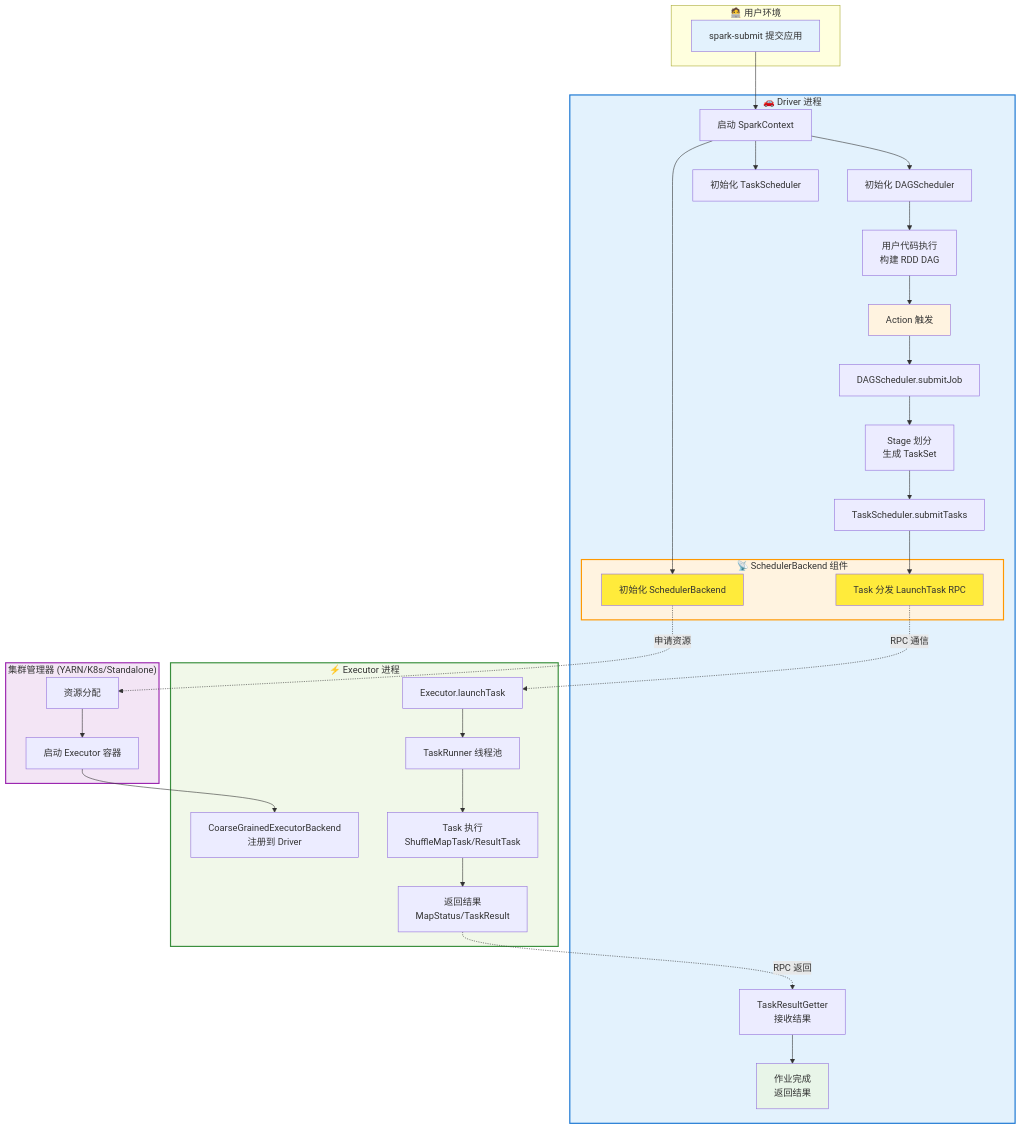
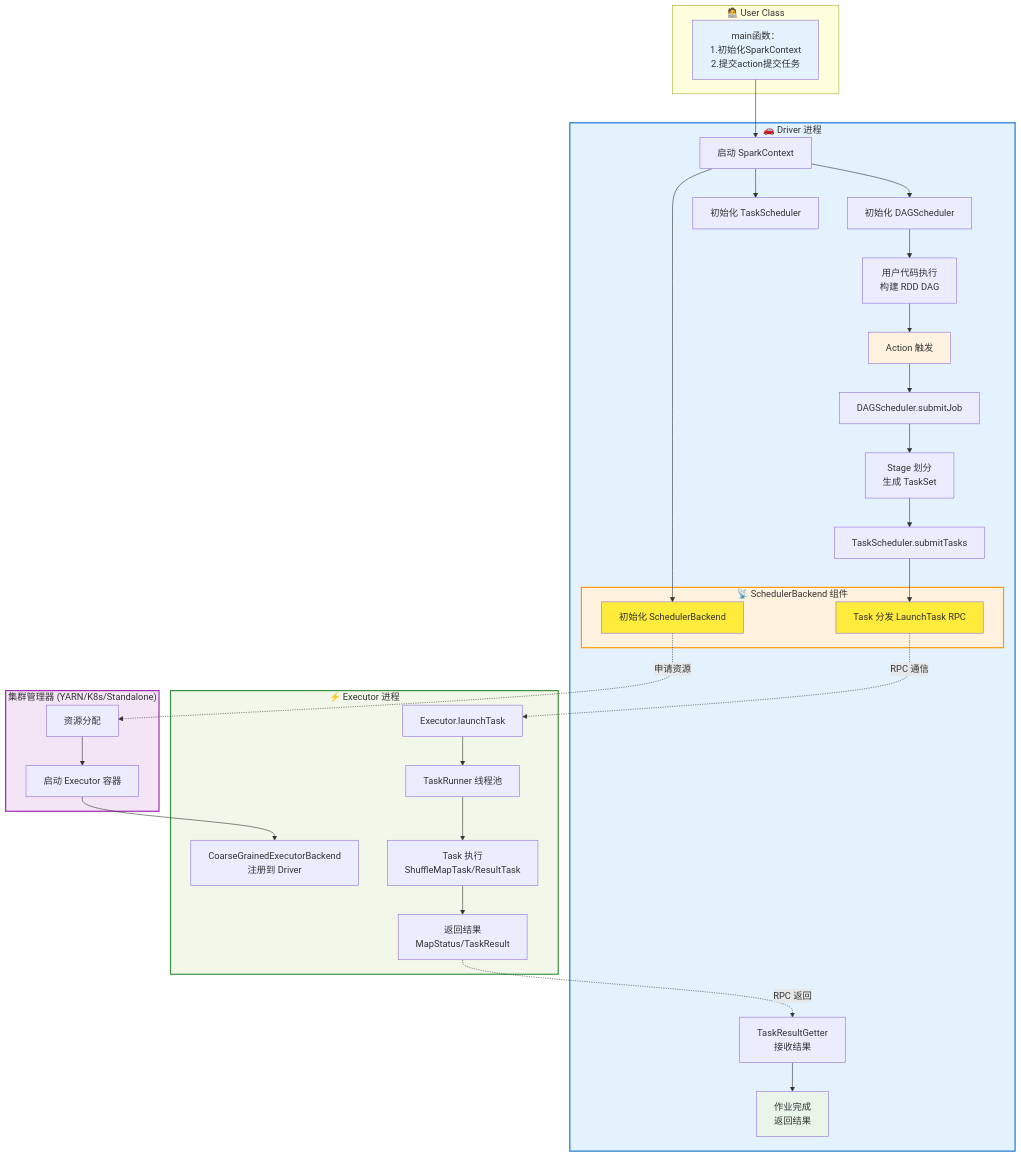
The first of 5 diagrams in spark/spark3.3.1/job_execution.md (juntaozhang/juntaozhang.github.io), drawn with Mermaid before and after one commit. The commit also changed other lines of this file and 5 other files, not shown here.

````diff
--- a/spark/spark3.3.1/job_execution.md
+++ b/spark/spark3.3.1/job_execution.md
@@ -4,75 +4,75 @@
 ```mermaid
   graph TD
-    subgraph User["🧑‍💻 用户环境"]
-        A[spark-submit 提交应用]
+    subgraph User["🧑‍💻 User Class"]
+        A[main函数： <br/>1.初始化SparkContext<br/>2.提交action提交任务]
     end
 
     subgraph Driver["🚗 Driver 进程"]
         B[启动 SparkContext]
         B --> C[初始化 DAGScheduler]
         B --> D[初始化 TaskScheduler]
 
         subgraph SchedulerBackendSG["📡 SchedulerBackend 组件"]
             E[初始化 SchedulerBackend]
             K[Task 分发 LaunchTask RPC]
         end
 
         B --> E
 
         F[用户代码执行<br/>构建 RDD DAG]
         G[Action 触发]
         G --> H[DAGScheduler.submitJob]
         H --> I[Stage 划分<br/>生成 TaskSet]
         I --> J[TaskScheduler.submitTasks]
         J --> K
 
         L[TaskResultGetter<br/>接收结果]
         M[作业完成<br/>返回结果]
     end
 
     subgraph ClusterMgr["集群管理器 (YARN/K8s/Standalone)"]
         N[资源分配]
         O[启动 Executor 容器]
     end
 
     subgraph Executor["⚡ Executor 进程"]
         S[CoarseGrainedExecutorBackend<br/>注册到 Driver]
         T[Executor.launchTask]
         U[TaskRunner 线程池]
         V[Task 执行<br/>ShuffleMapTask/ResultTask]
         W[返回结果<br/>MapStatus/TaskResult]
     end
 
 %% 流程连接
     A --> B
     C --> F
     F --> G
 
     E -.->|申请资源| N
     N --> O
     O --> S
 
     K -.->|RPC 通信| T
 
     T --> U --> V --> W
 
     W -.->|RPC 返回| L
     L --> M
 
 %% 样式
     style A fill:#e3f2fd
     style G fill:#fff3e0
     style M fill:#e8f5e8
     style E fill:#ffeb3b
     style K fill:#ffeb3b
 
     classDef driverStyle fill:#e3f2fd,stroke:#1976d2,stroke-width:2px
     classDef executorStyle fill:#f1f8e9,stroke:#388e3c,stroke-width:2px
     classDef clusterStyle fill:#f3e5f5,stroke:#9c27b0,stroke-width:2px
     classDef schedulerBackendStyle fill:#fff3e0,stroke:#ff9800,stroke-width:2px
 
     class Driver driverStyle
     class Executor executorStyle
     class ClusterMgr clusterStyle
     class SchedulerBackendSG schedulerBackendStyle
 ```
````
